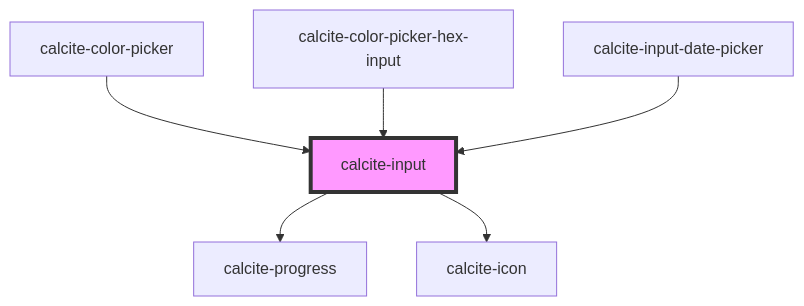
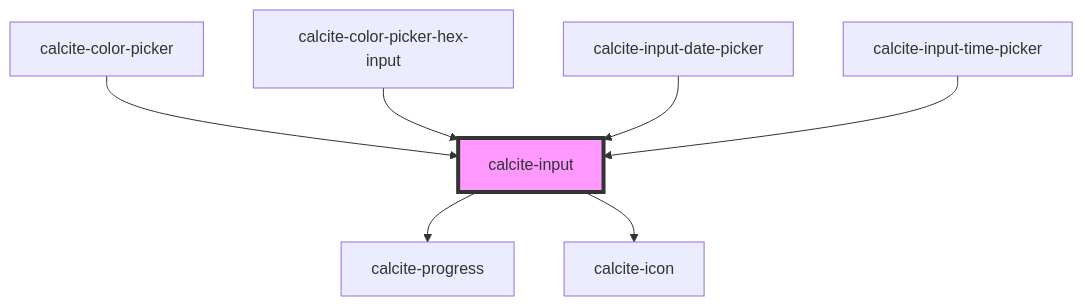
The diagram in src/components/calcite-input/readme.md (vikivakarvc/calcite-design-system), drawn with Mermaid before and after one commit. The commit also changed other lines of this file and 3 other files, not shown here.

````diff
--- a/src/components/calcite-input/readme.md
+++ b/src/components/calcite-input/readme.md
@@ -132,9 +133,10 @@
 ```mermaid
 graph TD;
   calcite-input --> calcite-progress
   calcite-input --> calcite-icon
   calcite-color-picker --> calcite-input
   calcite-color-picker-hex-input --> calcite-input
   calcite-input-date-picker --> calcite-input
+  calcite-input-time-picker --> calcite-input
   style calcite-input fill:#f9f,stroke:#333,stroke-width:4px
 ```
````
